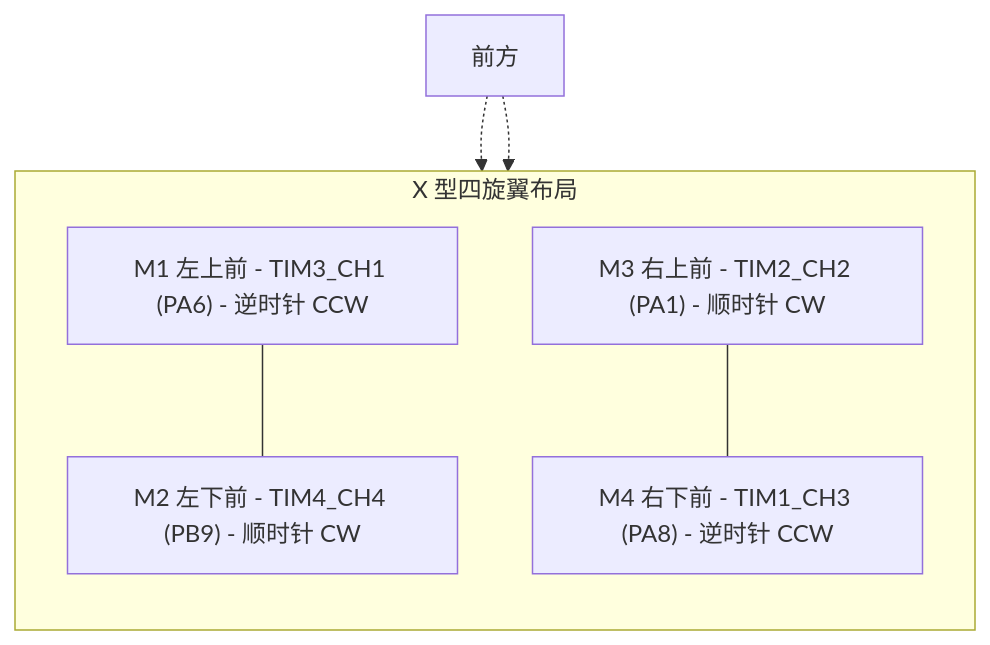
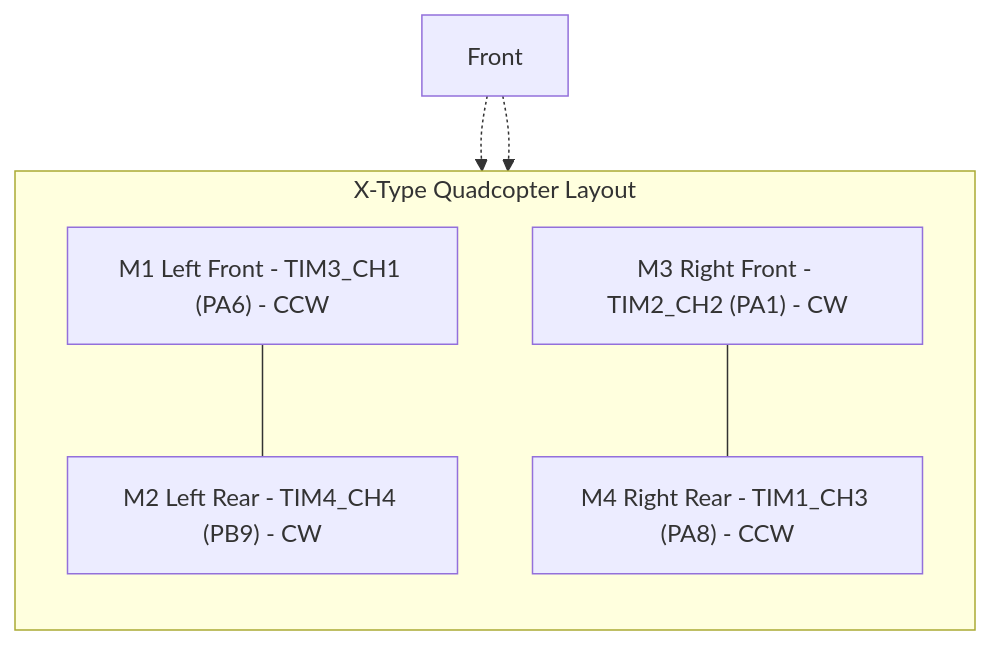
One commit to xiaomiao321/Drone changed the fourth of 5 diagrams in README.md. Above: the diagram before and after it, drawn with Mermaid. The commit also changed other lines of this file and 310 other files, not shown here.

````diff
--- a/README.md
+++ b/README.md
@@ -348,15 +365,15 @@
 ```mermaid
 flowchart TB
-    subgraph 机架 ["X 型四旋翼布局"]
+    subgraph Frame ["X-Type Quadcopter Layout"]
         direction TB
-        M1["M1 左上前 - TIM3_CH1 (PA6) - 逆时针 CCW"]
-        M3["M3 右上前 - TIM2_CH2 (PA1) - 顺时针 CW"]
-        M2["M2 左下前 - TIM4_CH4 (PB9) - 顺时针 CW"]
-        M4["M4 右下前 - TIM1_CH3 (PA8) - 逆时针 CCW"]
+        M1["M1 Left Front - TIM3_CH1 (PA6) - CCW"]
+        M3["M3 Right Front - TIM2_CH2 (PA1) - CW"]
+        M2["M2 Left Rear - TIM4_CH4 (PB9) - CW"]
+        M4["M4 Right Rear - TIM1_CH3 (PA8) - CCW"]
     end
-    
-    Front[前方] -.-> M1
+
+    Front[Front] -.-> M1
     Front -.-> M3
     M1 --- M2
     M3 --- M4
 ```
````
